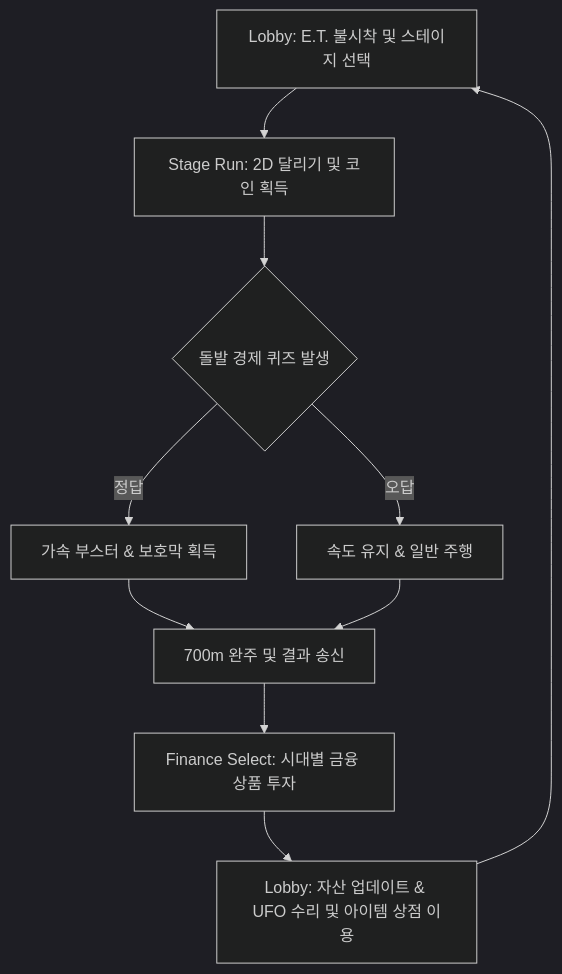
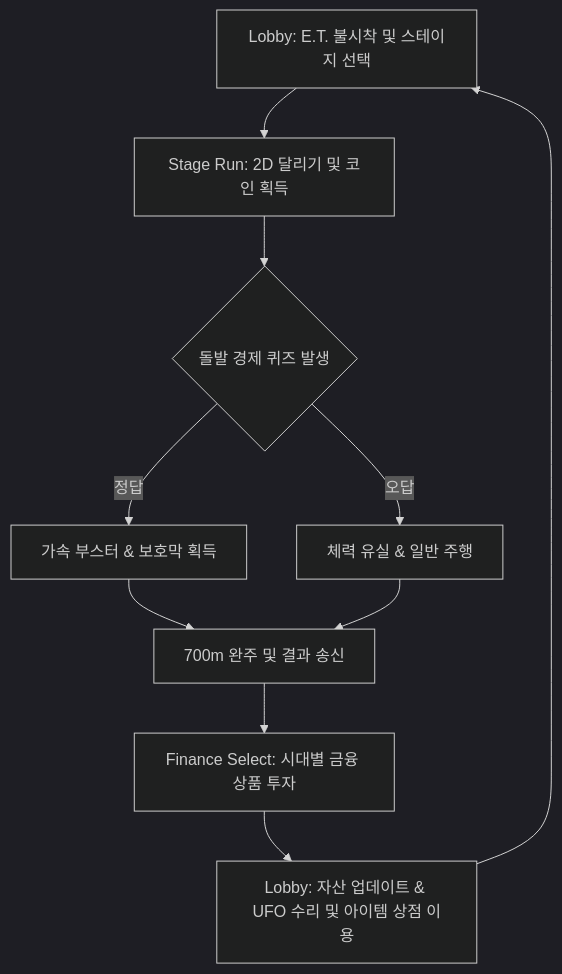
The diagram in README.md (kkaemong/zabonzooET), drawn with Mermaid (dark theme) before and after one commit. The commit also changed other lines of this file, not shown here.

````diff
--- a/README.md
+++ b/README.md
@@ -46,12 +73,12 @@
 ```mermaid
 graph TD
     A[Lobby: E.T. 불시착 및 스테이지 선택] --> B[Stage Run: 2D 달리기 및 코인 획득]
     B --> C{돌발 경제 퀴즈 발생}
     C -- 정답 --> D[가속 부스터 & 보호막 획득]
-    C -- 오답 --> E[속도 유지 & 일반 주행]
+    C -- 오답 --> E[체력 유실 & 일반 주행]
     D --> F[700m 완주 및 결과 송신]
     E --> F
     F --> G[Finance Select: 시대별 금융 상품 투자]
     G --> H[Lobby: 자산 업데이트 & UFO 수리 및 아이템 상점 이용]
     H --> A
 ```
````
